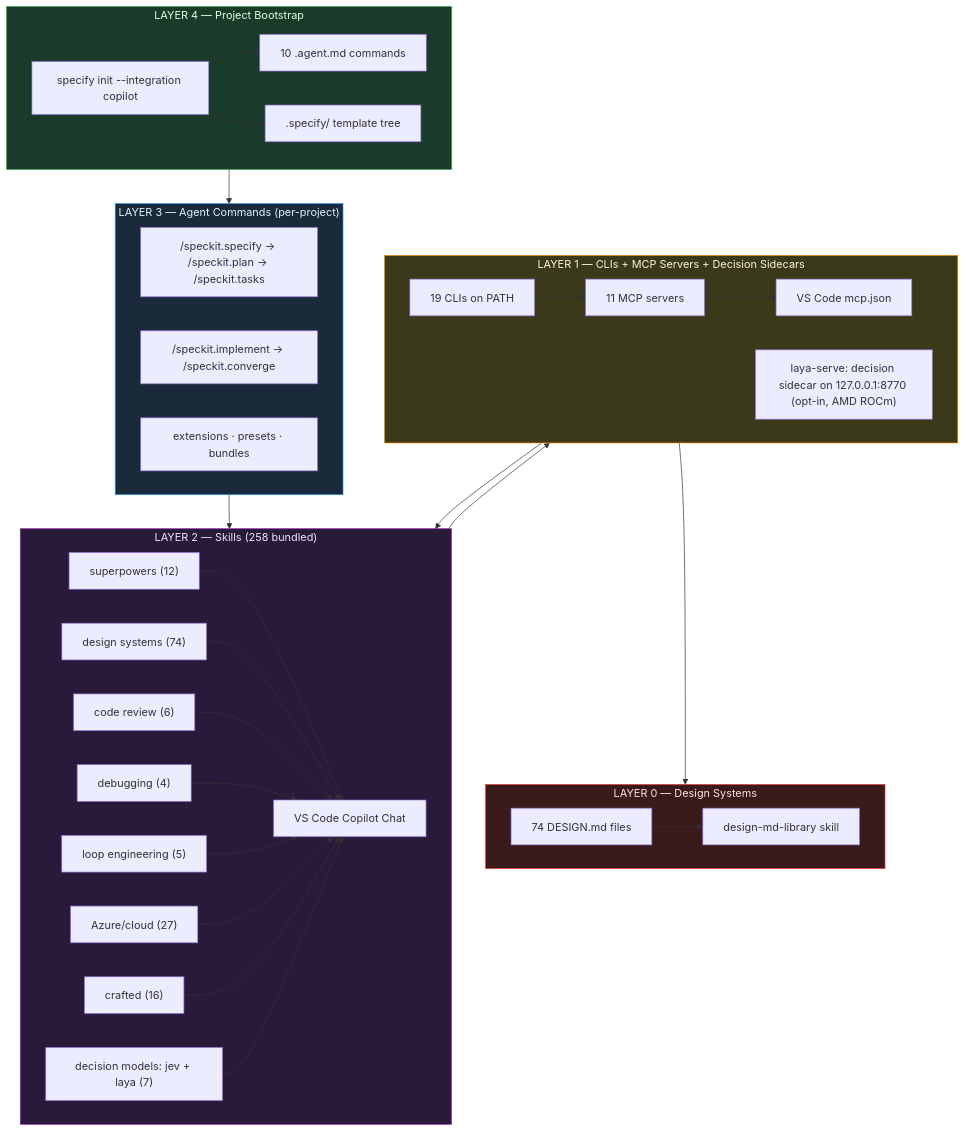
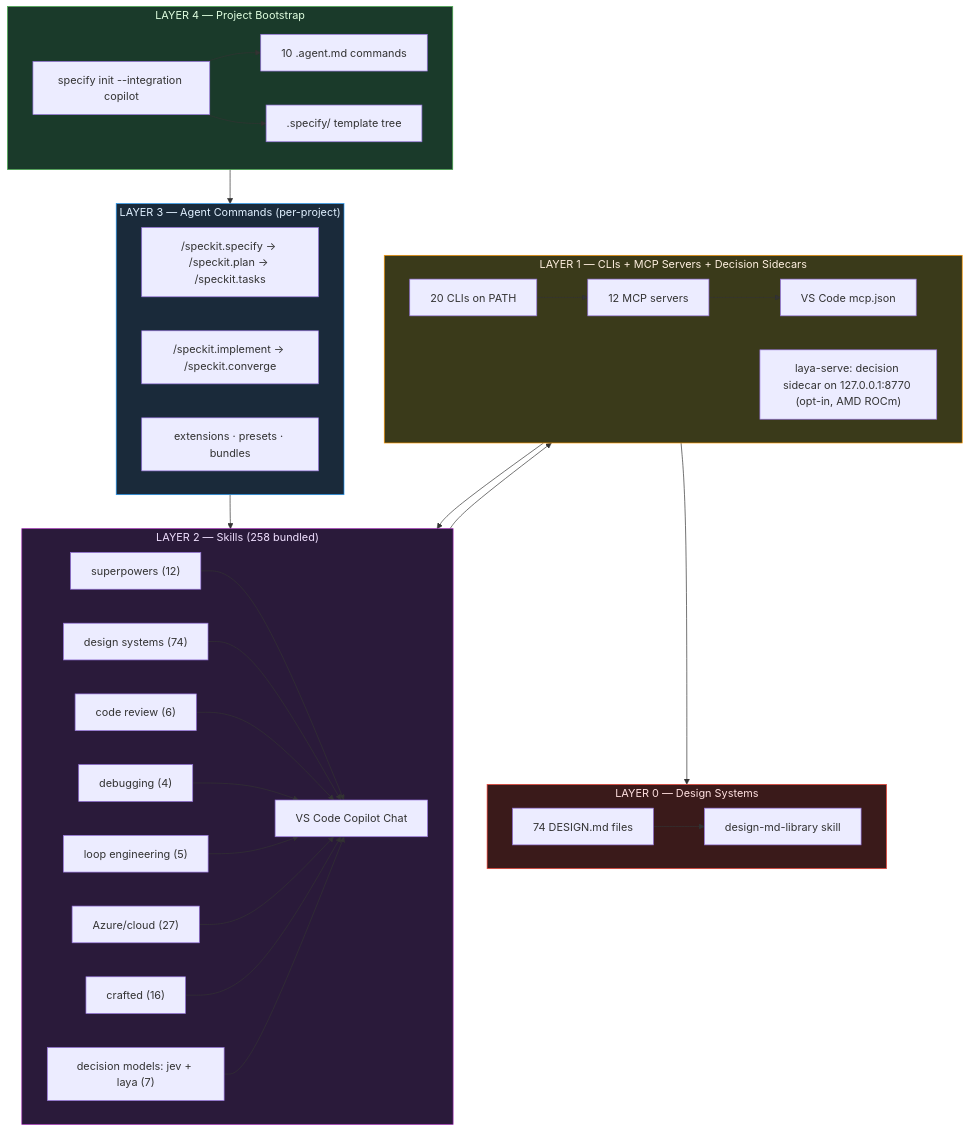
Before and after one commit to JZKK720/cubecloud-skills-bundle-kit: the diagram in README.md, drawn with Mermaid. The commit also changed other lines of this file and 5 other files, not shown here.

First line of the commit message:
v1.9.18: REA integration (reverse-engineering skill + CLI + MCP server)

````diff
--- a/README.md
+++ b/README.md
@@ -35,50 +35,50 @@
 ```mermaid
 graph TB
     subgraph L4["LAYER 4 — Project Bootstrap"]
         SPEC["specify init --integration copilot"]
         AGENTS["10 .agent.md commands"]
         TEMPLATES[".specify/ template tree"]
         SPEC --> AGENTS
         SPEC --> TEMPLATES
     end
 
     subgraph L3["LAYER 3 — Agent Commands (per-project)"]
         SD["/speckit.specify → /speckit.plan → /speckit.tasks"]
         IM["/speckit.implement → /speckit.converge"]
         EXT["extensions · presets · bundles"]
     end
 
     subgraph L2["LAYER 2 — Skills (258 bundled)"]
         direction LR
         METH["superpowers (12)"] --> COPILOT["VS Code Copilot Chat"]
         DSN["design systems (74)"] --> COPILOT
         REV["code review (6)"] --> COPILOT
         DBG["debugging (4)"] --> COPILOT
         LOOP["loop engineering (5)"] --> COPILOT
         AZURE["Azure/cloud (27)"] --> COPILOT
         CRAFT["crafted (16)"] --> COPILOT
         DEC["decision models: jev + laya (7)"] --> COPILOT
     end
 
     subgraph L1["LAYER 1 — CLIs + MCP Servers + Decision Sidecars"]
         direction LR
-        CLI["19 CLIs on PATH"] --> MCP["11 MCP servers"]
+        CLI["20 CLIs on PATH"] --> MCP["12 MCP servers"]
         MCP --> VSCODE["VS Code mcp.json"]
         SC["laya-serve: decision sidecar on 127.0.0.1:8770 (opt-in, AMD ROCm)"] --> COPILOT
     end
 
     subgraph L0["LAYER 0 — Design Systems"]
         D74["74 DESIGN.md files"] --> LIB["design-md-library skill"]
     end
 
     L4 --> L3
     L3 --> L2
     L2 --> L1
     L1 --> L0
 
     style L4 fill:#1a3a2a,stroke:#4caf50,color:#e0ffe0
     style L3 fill:#1a2a3a,stroke:#2196f3,color:#e0f0ff
     style L2 fill:#2a1a3a,stroke:#9c27b0,color:#f0e0ff
     style L1 fill:#3a3a1a,stroke:#ff9800,color:#fff0e0
     style L0 fill:#3a1a1a,stroke:#f44336,color:#ffe0e0
 ```
````
